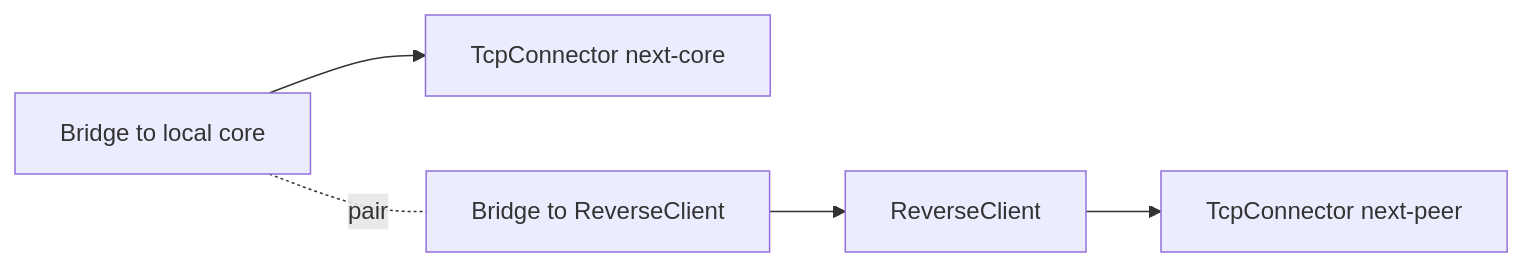
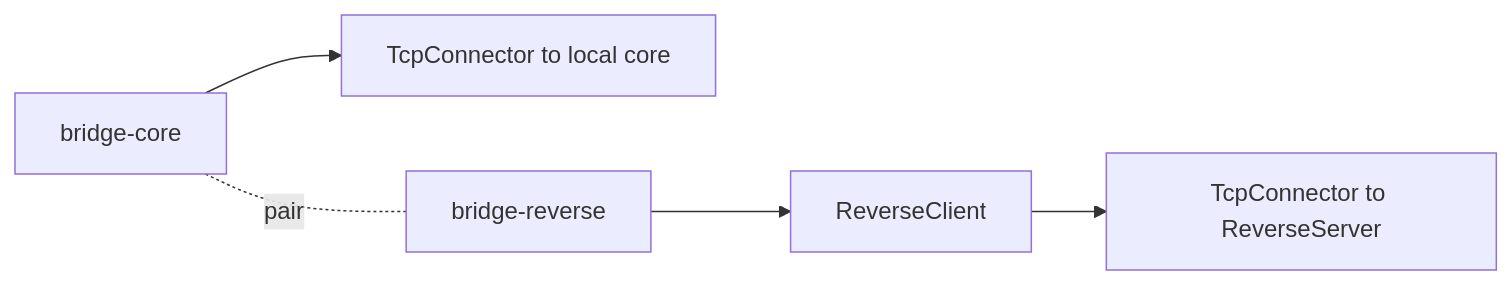
Before and after one commit to radkesvat/WaterWall-Docs: the second of 5 diagrams in i18n/fa/docusaurus-plugin-content-docs/current/02-noderefs/Bridge.mdx, drawn with Mermaid. The commit also changed other lines of this file and 208 other files, not shown here.

````diff
--- a/i18n/fa/docusaurus-plugin-content-docs/current/02-noderefs/Bridge.mdx
+++ b/i18n/fa/docusaurus-plugin-content-docs/current/02-noderefs/Bridge.mdx
@@ -71,7 +161,7 @@
 ```mermaid
 flowchart LR
-    B1[Bridge to local core] --> O1[TcpConnector next-core]
-    B2[Bridge to ReverseClient] --> Rc[ReverseClient]
-    Rc --> O2[TcpConnector next-peer]
+    B1[bridge-core] --> Core[TcpConnector to local core]
+    B2[bridge-reverse] --> RC[ReverseClient]
+    RC --> Peer[TcpConnector to ReverseServer]
     B1 -. pair .- B2
 ```
````
